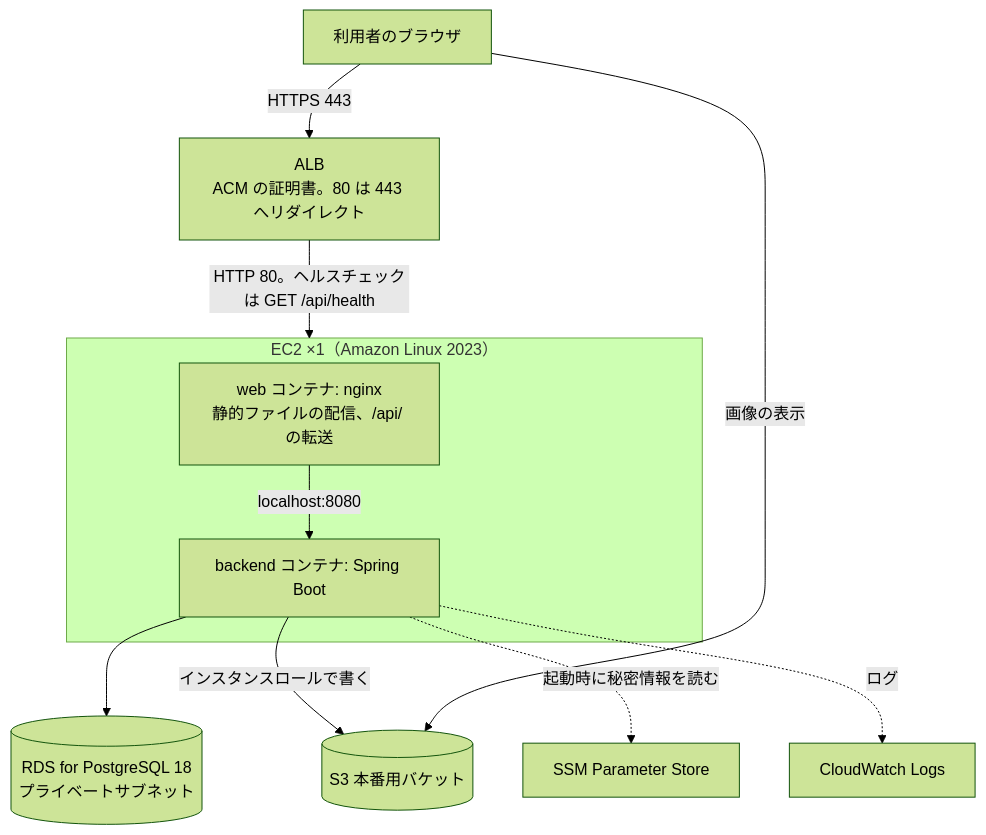
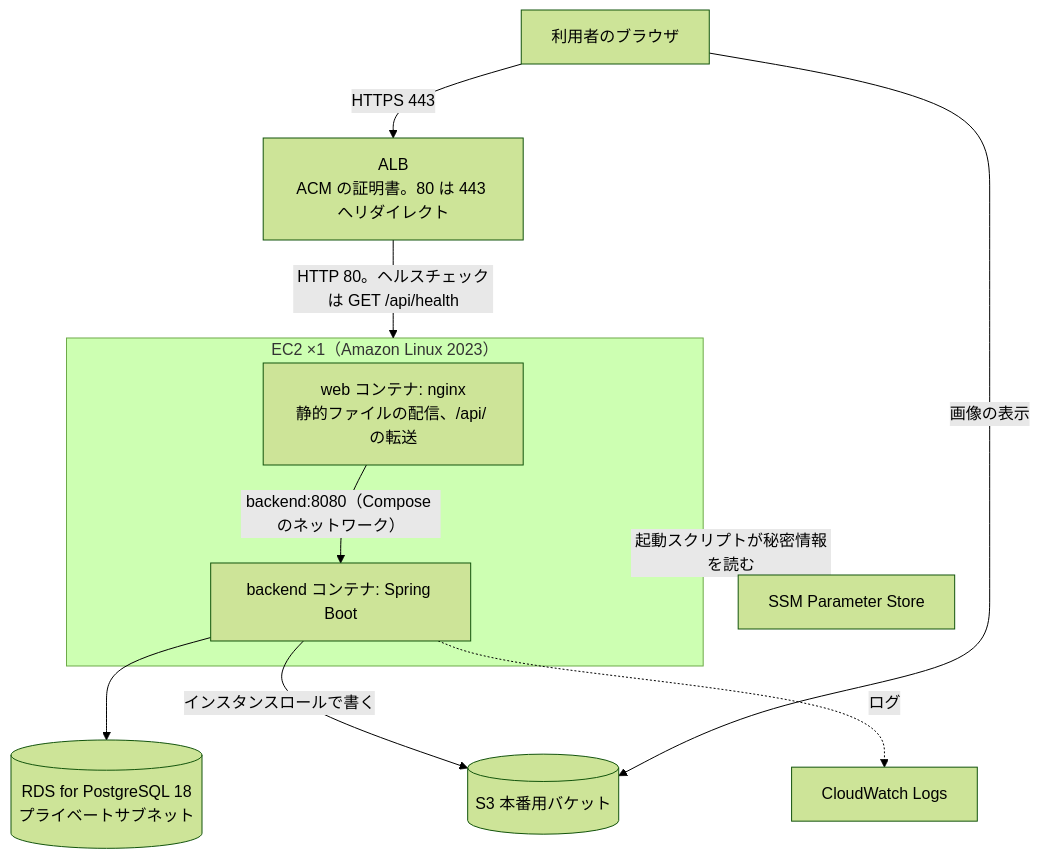
Before and after one commit to tk-media-code/raise-timeline: the second of 2 diagrams in docs/architecture.md, drawn with Mermaid (forest theme). The commit also changed other lines of this file and 16 other files, not shown here.

````diff
--- a/docs/architecture.md
+++ b/docs/architecture.md
@@ -61,13 +64,13 @@
 ```mermaid
 flowchart TB
     U[利用者のブラウザ] -->|"HTTPS 443"| ALB["ALB<br/>ACM の証明書。80 は 443 へリダイレクト"]
     ALB -->|"HTTP 80。ヘルスチェックは GET /api/health"| EC2
     subgraph EC2 ["EC2 ×1（Amazon Linux 2023）"]
-        N["web コンテナ: nginx<br/>静的ファイルの配信、/api/ の転送"] -->|"localhost:8080"| A["backend コンテナ: Spring Boot"]
+        N["web コンテナ: nginx<br/>静的ファイルの配信、/api/ の転送"] -->|"backend:8080（Compose のネットワーク）"| A["backend コンテナ: Spring Boot"]
     end
     A --> RDS[("RDS for PostgreSQL 18<br/>プライベートサブネット")]
     A -->|"インスタンスロールで書く"| S3[("S3 本番用バケット")]
     U -->|"画像の表示"| S3
-    A -.->|"起動時に秘密情報を読む"| SSM["SSM Parameter Store"]
+    EC2 -.->|"起動スクリプトが秘密情報を読む"| SSM["SSM Parameter Store"]
     A -.->|"ログ"| CW["CloudWatch Logs"]
 ```
````
